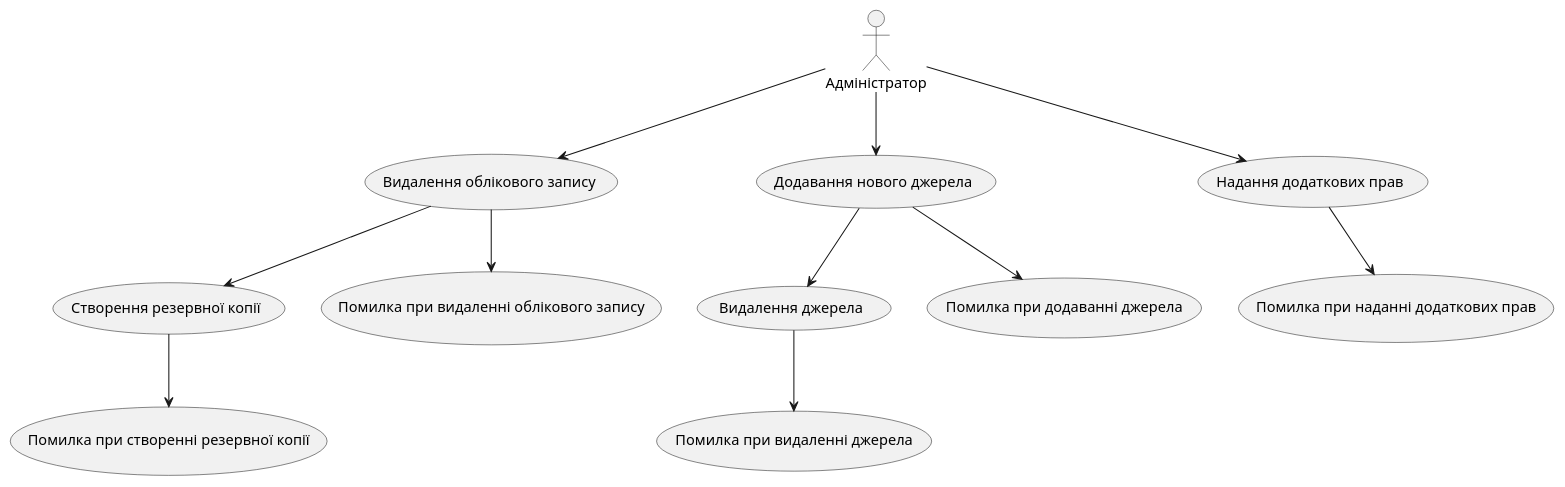
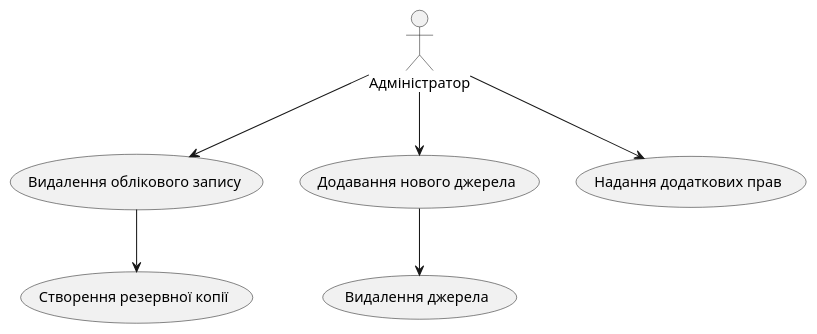
The third of 9 diagrams in docs/use cases/README.md (vladimirkoff/edu_db_labs_team), drawn with PlantUML before and after one commit. The commit also changed other lines of this file, not shown here.

```diff
--- a/docs/use cases/README.md
+++ b/docs/use cases/README.md
@@ -75,31 +68,20 @@
 @startuml
 
 actor "Адміністратор" as Admin
 
 usecase "Видалення облікового запису" as DeleteAccount
 usecase "Додавання нового джерела" as AddSource
 usecase "Надання додаткових прав" as GrantPermissions
 
 usecase "Створення резервної копії" as CreateBackup
 usecase "Видалення джерела" as DeleteSource
 
-usecase "Помилка при видаленні облікового запису" as DeleteAccountError
-usecase "Помилка при додаванні джерела" as AddSourceError
-usecase "Помилка при наданні додаткових прав" as GrantPermissionsError
-usecase "Помилка при створенні резервної копії" as CreateBackupError
-usecase "Помилка при видаленні джерела" as DeleteSourceError
-
 Admin --> DeleteAccount
 DeleteAccount --> CreateBackup
-DeleteAccount -down-> DeleteAccountError
-CreateBackup -down-> CreateBackupError
 
 Admin --> AddSource
 AddSource --> DeleteSource
-AddSource -down-> AddSourceError
-DeleteSource -down-> DeleteSourceError
 
 Admin --> GrantPermissions
-GrantPermissions -down-> GrantPermissionsError
 
 @enduml
```
